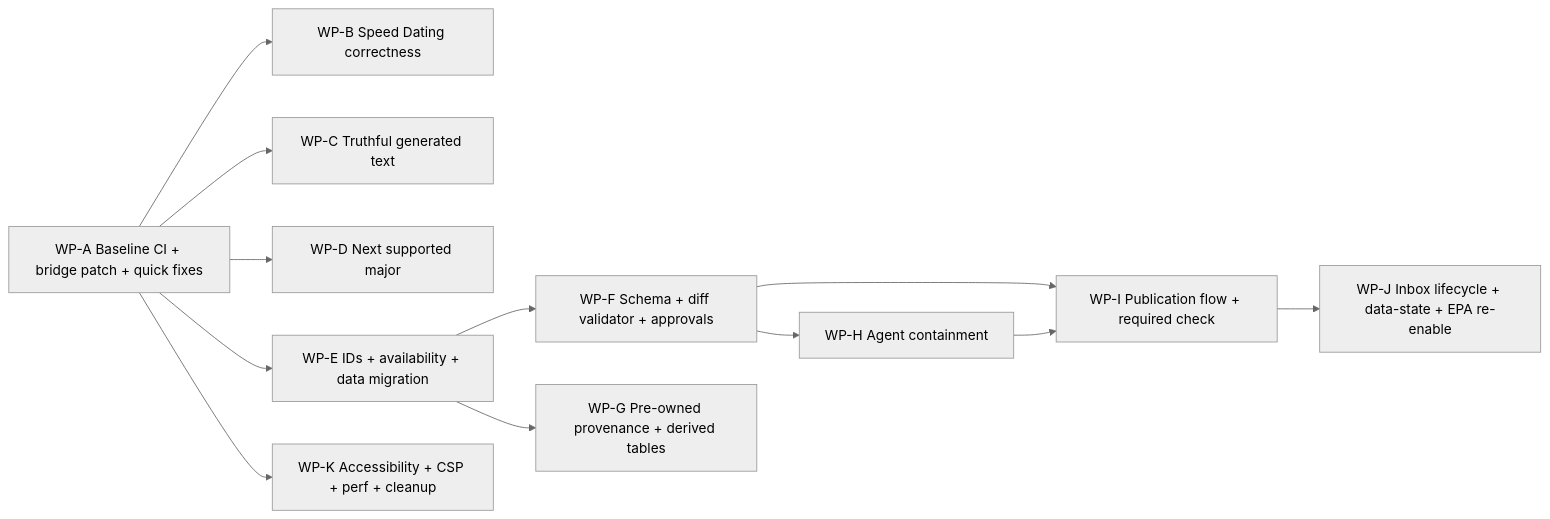
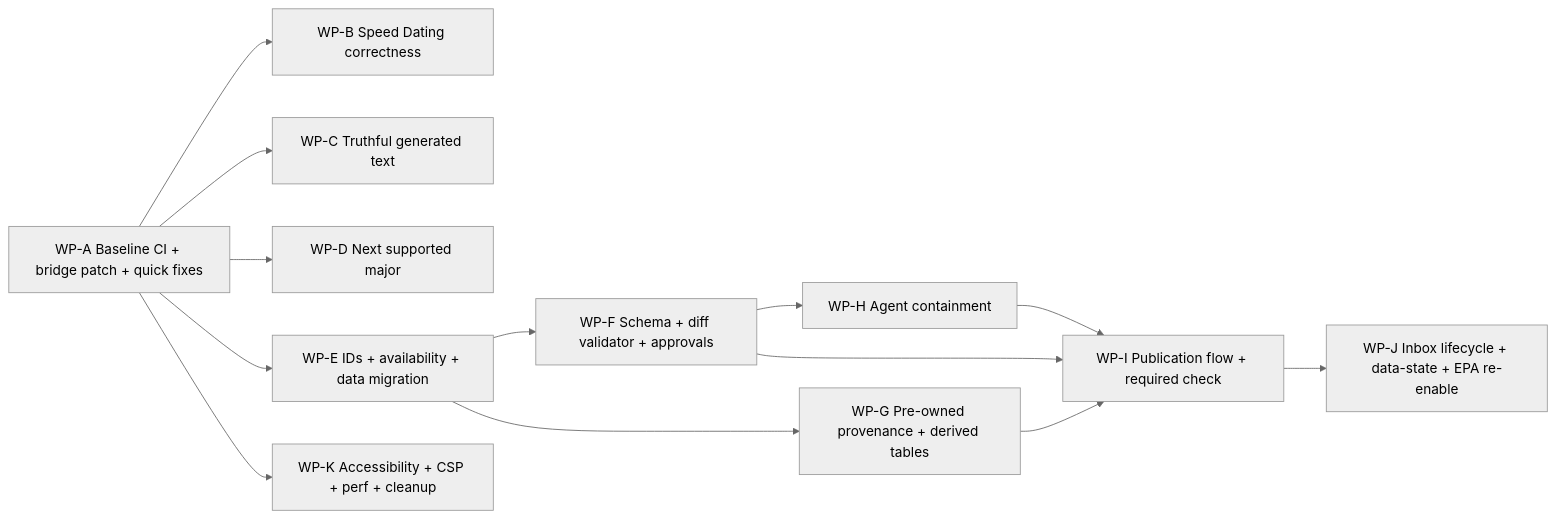
One commit to dpm5045/ev-suv-comparison changed the diagram in docs/BUILD-SPEC.md. Above: the diagram before and after it, drawn with Mermaid (neutral theme). The commit also changed other lines of this file, not shown here.

````diff
--- a/docs/BUILD-SPEC.md
+++ b/docs/BUILD-SPEC.md
@@ -32,14 +43,15 @@
 ```mermaid
 flowchart LR
   A[WP-A Baseline CI + bridge patch + quick fixes] --> B[WP-B Speed Dating correctness]
   A --> C[WP-C Truthful generated text]
   A --> D[WP-D Next supported major]
   A --> E[WP-E IDs + availability + data migration]
   E --> F[WP-F Schema + diff validator + approvals]
   E --> G[WP-G Pre-owned provenance + derived tables]
   F --> H[WP-H Agent containment]
   F --> I[WP-I Publication flow + required check]
+  G --> I
   H --> I
   I --> J[WP-J Inbox lifecycle + data-state + EPA re-enable]
   A --> K[WP-K Accessibility + CSP + perf + cleanup]
 ```
````
